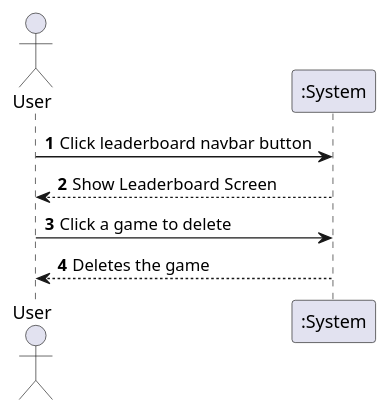
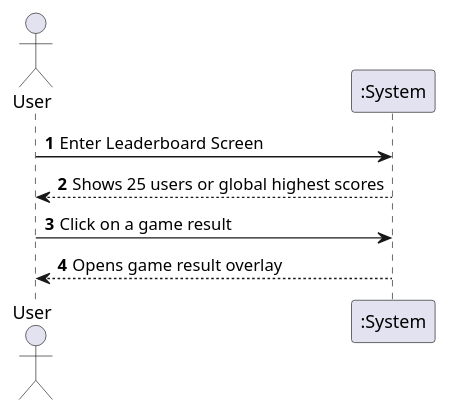
Before and after one commit to 8126Lucas/DSSMV_ProjectReact_1241131_1241008: the diagram in UMLs/puml/SSD/UCLB-SSD/UCLB2-SSD.puml, drawn with PlantUML. The commit also changed 10 other files, not shown here.

Commit message:
Lucas e Miguel: - Alterações nos diagramas

```diff
--- a/UMLs/puml/SSD/UCLB-SSD/UCLB2-SSD.puml
+++ b/UMLs/puml/SSD/UCLB-SSD/UCLB2-SSD.puml
@@ -1,15 +1,15 @@
 @startuml
 'https://plantuml.com/sequence-diagram
 
 autonumber
 
 Actor "User" as user
 participant ":System" as sys
 
-user -> sys: Click leaderboard navbar button
-user <-- sys: Show Leaderboard Screen
+user -> sys: Enter Leaderboard Screen
+user <-- sys: Shows 25 users or global highest scores
 
-user -> sys: Click a game to delete
-user <-- sys: Deletes the game
+user -> sys: Click on a game result
+user <-- sys: Opens game result overlay
 
 @enduml
```
